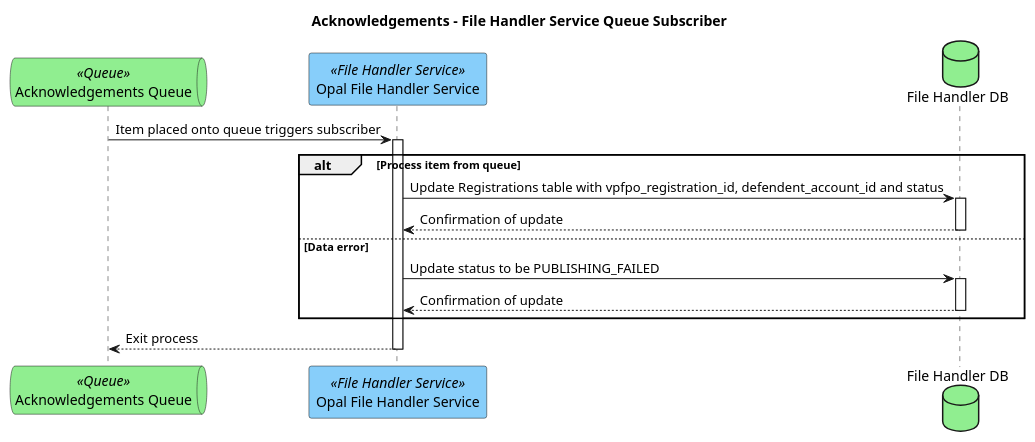
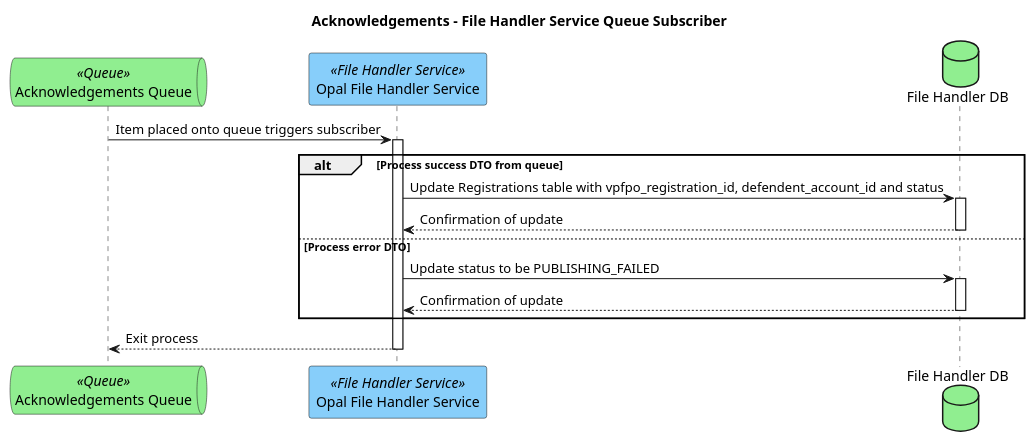
The diagram in plantUML/external-interfaces/acknowledgements-file-handler-sub.puml (hmcts/opal-docs), drawn with PlantUML before and after one commit. The commit also changed 1 other file, not shown here.

Commit message:
Updating E2Es on ack queue to handle the 2 DTOs for success and failure

```diff
--- a/plantUML/external-interfaces/acknowledgements-file-handler-sub.puml
+++ b/plantUML/external-interfaces/acknowledgements-file-handler-sub.puml
@@ -1,16 +1,16 @@
 @startuml
 title Acknowledgements - File Handler Service Queue Subscriber
 queue "Acknowledgements Queue" as acknowledgementsQueue <<Queue>> #lightgreen
 participant "Opal File Handler Service" as fileHandlerService <<File Handler Service>> #LightSkyBlue
 database "File Handler DB" as fileHandlerDb #lightgreen
 
 acknowledgementsQueue -> fileHandlerService ++ : Item placed onto queue triggers subscriber
-alt Process item from queue
+alt Process success DTO from queue
 fileHandlerService -> fileHandlerDb ++ : Update Registrations table with vpfpo_registration_id, defendent_account_id and status
 fileHandlerDb --> fileHandlerService -- : Confirmation of update
-else Data error
+else Process error DTO
 fileHandlerService -> fileHandlerDb ++ : Update status to be PUBLISHING_FAILED
 fileHandlerDb --> fileHandlerService -- : Confirmation of update
 end
 fileHandlerService --> acknowledgementsQueue -- : Exit process
 @enduml
```
